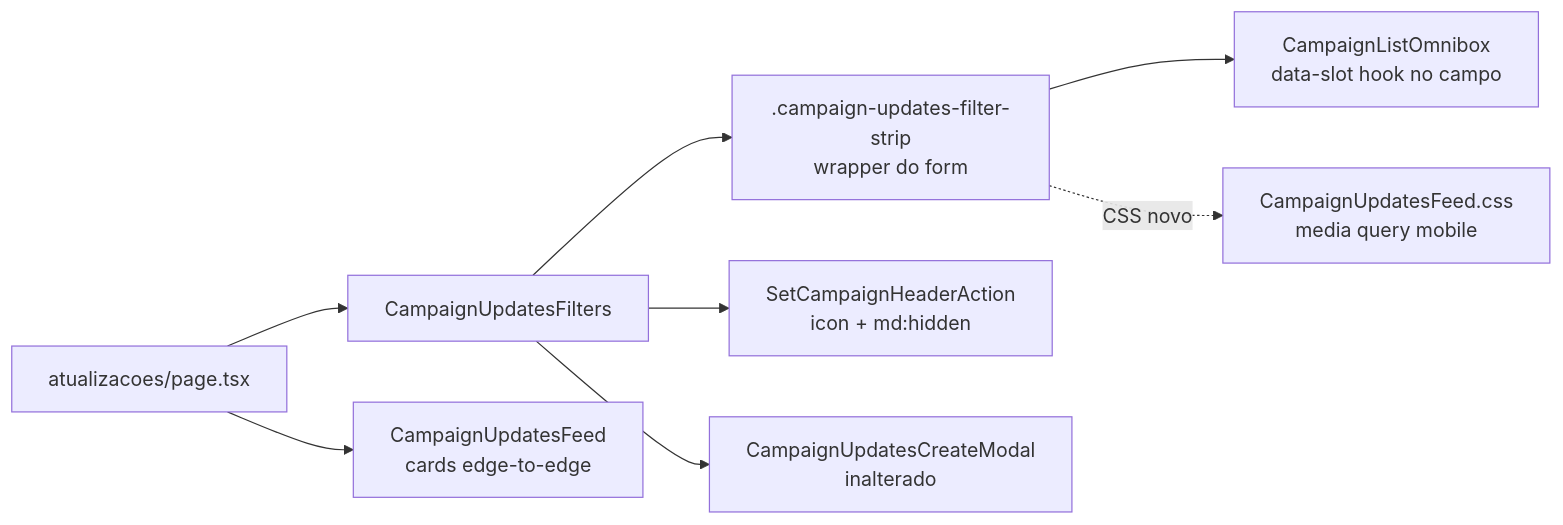
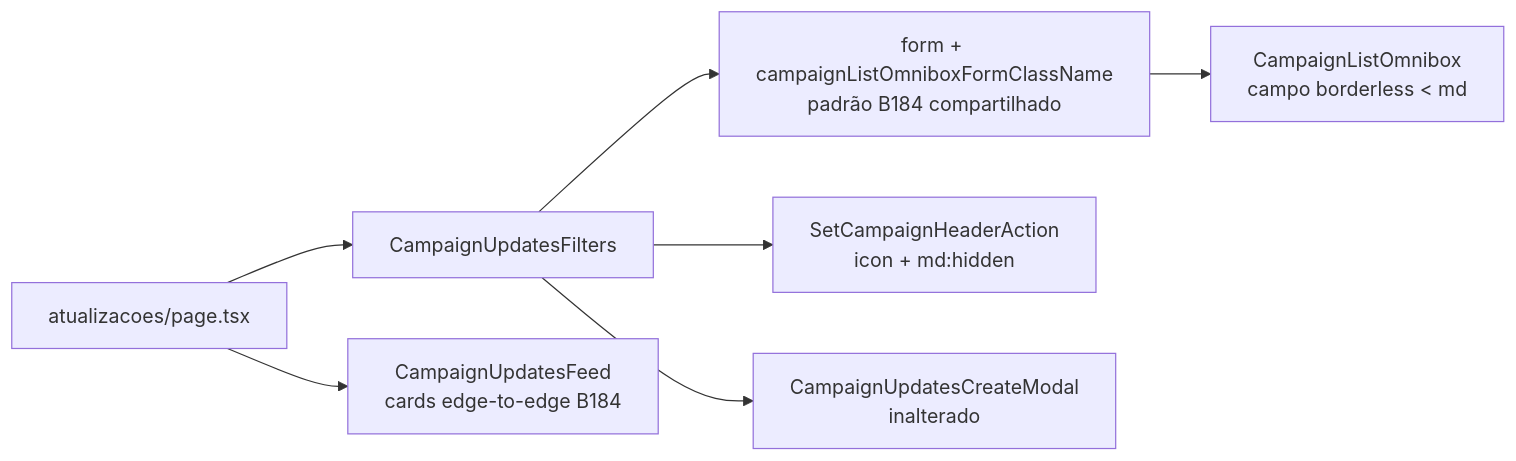
Before and after one commit to fsolla/teqo: the diagram in docs/plans/atualizacoes-mobile-sem-moldura-impl.md, drawn with Mermaid. The commit also changed other lines of this file and 2 other files, not shown here.

First line of the commit message:
feat(C106): cards do feed edge-to-edge com linha + empty state (padrão B184/C107 compartilhado)

````diff
--- a/docs/plans/atualizacoes-mobile-sem-moldura-impl.md
+++ b/docs/plans/atualizacoes-mobile-sem-moldura-impl.md
@@ -17,10 +17,9 @@
 ```mermaid
 flowchart LR
   P[atualizacoes/page.tsx] --> F[CampaignUpdatesFilters]
-  F --> S[.campaign-updates-filter-strip<br/>wrapper do form]
-  S --> O[CampaignListOmnibox<br/>data-slot hook no campo]
+  F --> S[form + campaignListOmniboxFormClassName<br/>padrão B184 compartilhado]
+  S --> O[CampaignListOmnibox<br/>campo borderless < md]
   F --> H[SetCampaignHeaderAction<br/>icon + md:hidden]
   F --> M[CampaignUpdatesCreateModal<br/>inalterado]
-  P --> L[CampaignUpdatesFeed<br/>cards edge-to-edge]
-  S -. CSS novo .-> C[CampaignUpdatesFeed.css<br/>media query mobile]
+  P --> L[CampaignUpdatesFeed<br/>cards edge-to-edge B184]
 ```
````
